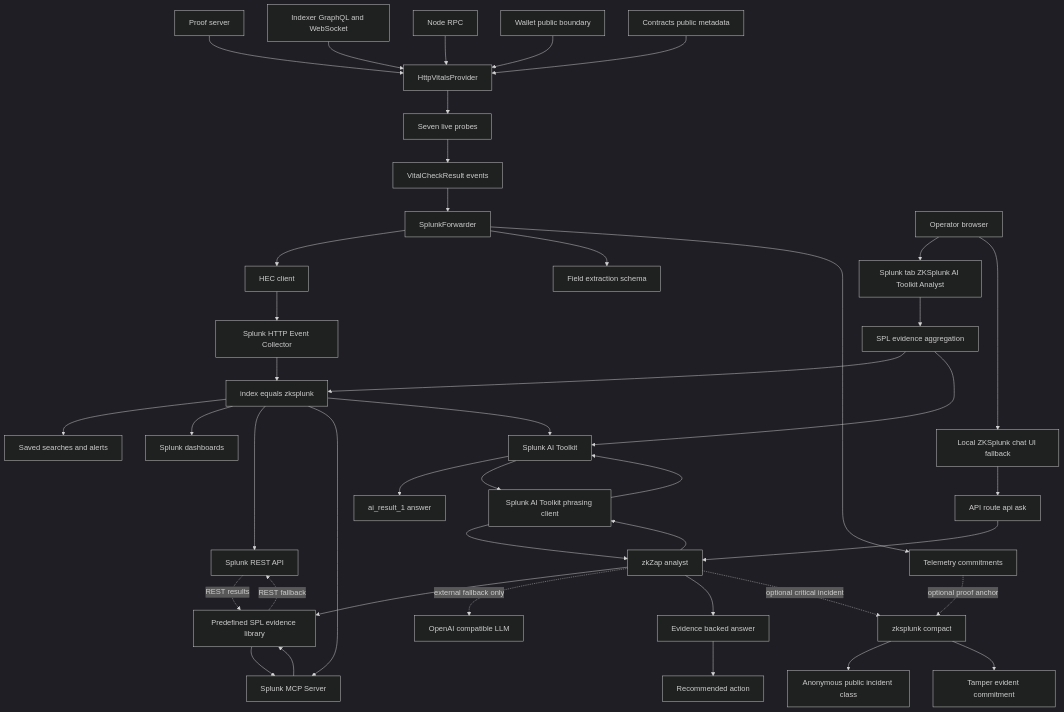
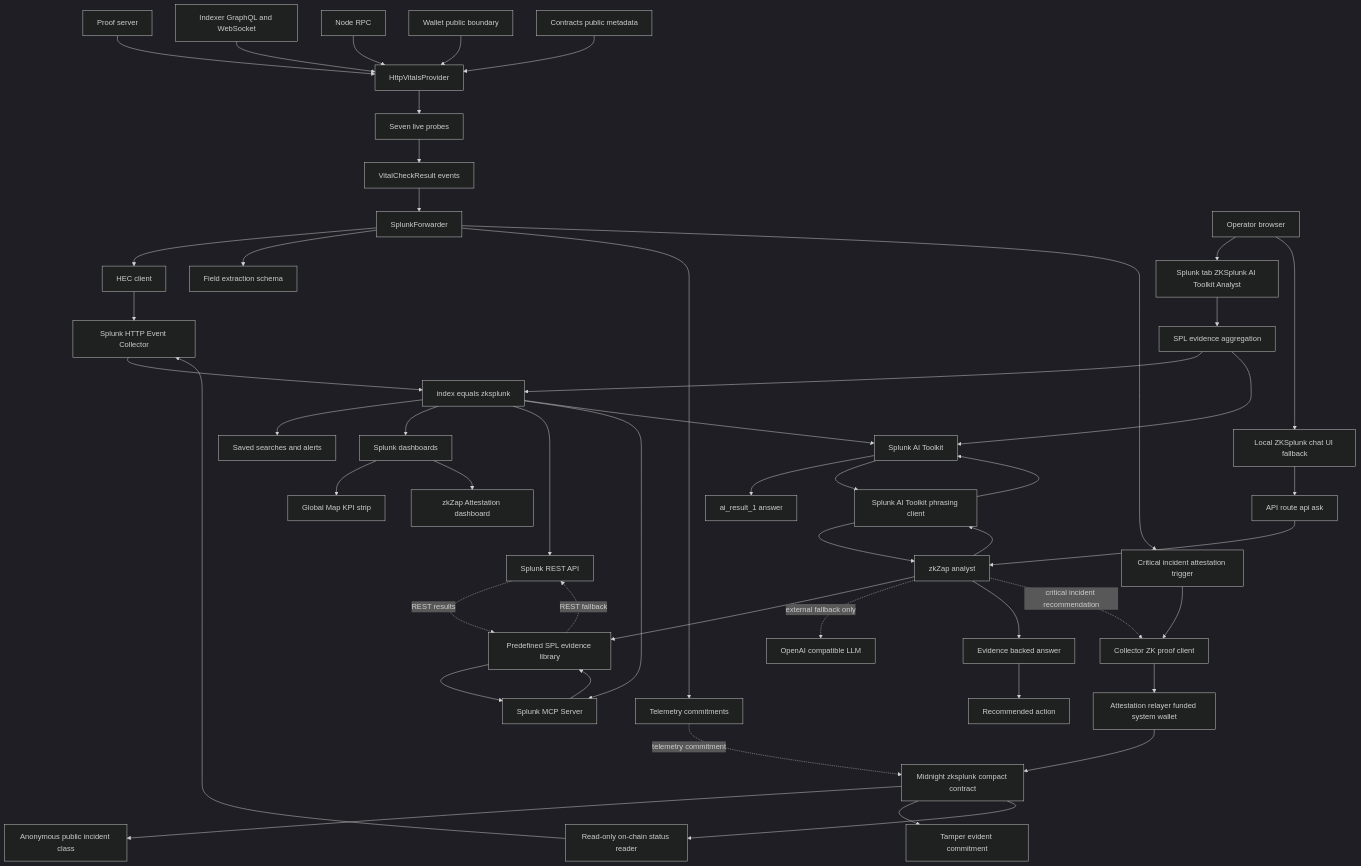
One commit to apestchanker/Zplunk changed the diagram in architecture_diagram.md. Above: the diagram before and after it, drawn with Mermaid (dark theme). The commit also changed other lines of this file and 21 other files, not shown here.

````diff
--- a/architecture_diagram.md
+++ b/architecture_diagram.md
@@ -13,52 +13,60 @@
 ```mermaid
 graph TD
   A1[Proof server] --> B1[HttpVitalsProvider]
   A2[Indexer GraphQL and WebSocket] --> B1
   A3[Node RPC] --> B1
   A4[Wallet public boundary] --> B1
   A5[Contracts public metadata] --> B1
 
   B1 --> B2[Seven live probes]
   B2 --> B3[VitalCheckResult events]
   B3 --> C1[SplunkForwarder]
 
   C1 --> C2[HEC client]
   C1 --> C3[Field extraction schema]
   C1 --> C4[Telemetry commitments]
+  C1 --> C5[Critical incident attestation trigger]
   C2 --> D1[Splunk HTTP Event Collector]
 
   D1 --> D2[index equals zksplunk]
   D2 --> D3[Saved searches and alerts]
   D2 --> D4[Splunk dashboards]
   D2 --> D5[Splunk REST API]
   D2 --> D6[Splunk MCP Server]
   D2 --> D7[Splunk AI Toolkit]
+  D4 --> D8[Global Map KPI strip]
+  D4 --> D9[zkZap Attestation dashboard]
 
   F1[Operator browser] --> E0[Splunk tab ZKSplunk AI Toolkit Analyst]
   E0 --> E6[SPL evidence aggregation]
   E6 --> D2
   E6 --> D7
   D7 --> E7[ai_result_1 answer]
 
   F1 --> E1[Local ZKSplunk chat UI fallback]
   E1 --> E2[API route api ask]
   E2 --> E3[zkZap analyst]
   E3 --> E4[Predefined SPL evidence library]
 
   E4 --> D6
   D6 --> E4
   E4 -. REST fallback .-> D5
   D5 -. REST results .-> E4
   E3 --> E5[Splunk AI Toolkit phrasing client]
   E5 --> D7
   D7 --> E5
   E3 -. external fallback only .-> E8[OpenAI compatible LLM]
   E5 --> E3
   E3 --> F2[Evidence backed answer]
   F2 --> F3[Recommended action]
 
-  C4 -. optional proof anchor .-> G1[zksplunk compact]
-  E3 -. optional critical incident .-> G1
-  G1 --> G2[Anonymous public incident class]
-  G1 --> G3[Tamper evident commitment]
+  C5 --> G0[Collector ZK proof client]
+  G0 --> G1[Attestation relayer funded system wallet]
+  G1 --> G2[Midnight zksplunk compact contract]
+  C4 -. telemetry commitment .-> G2
+  E3 -. critical incident recommendation .-> G0
+  G2 --> G3[Anonymous public incident class]
+  G2 --> G4[Tamper evident commitment]
+  G2 --> G5[Read-only on-chain status reader]
+  G5 --> D1
 ```
````
